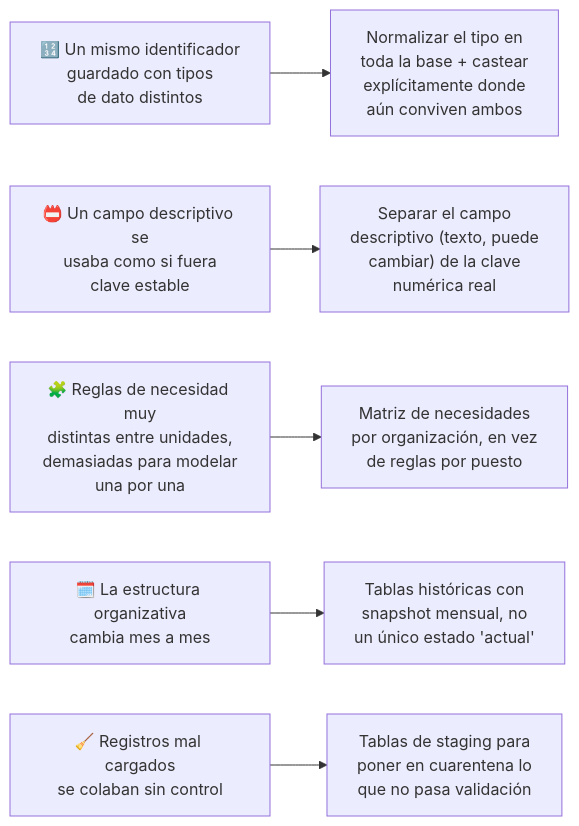
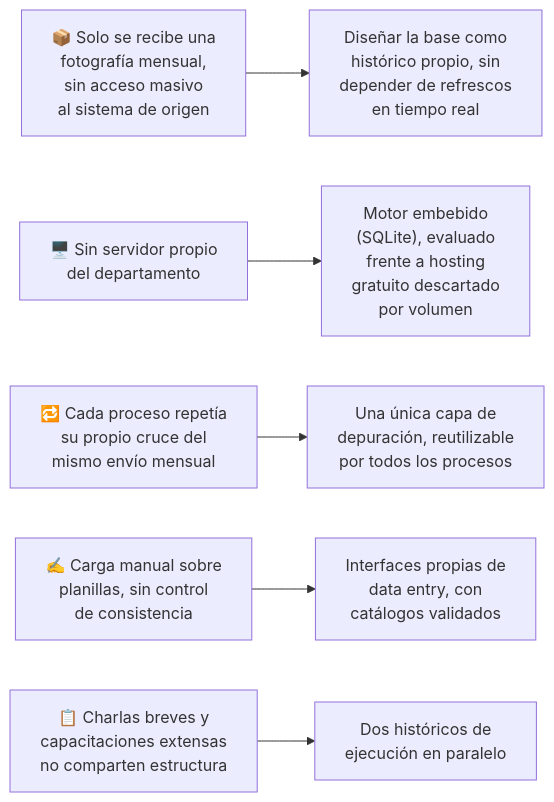
Before and after one commit to jminolli-e/case-studies: the third of 3 diagrams in capacitaciones.db/README.md, drawn with Mermaid. The commit also changed other lines of this file, not shown here.

````diff
--- a/capacitaciones.db/README.md
+++ b/capacitaciones.db/README.md
@@ -98,8 +106,8 @@
 ```mermaid
 flowchart LR
-    D1["🔢 Un mismo identificador<br/>guardado con tipos<br/>de dato distintos"] --> S1["Normalizar el tipo en<br/>toda la base + castear<br/>explícitamente donde<br/>aún conviven ambos"]
-    D2["📛 Un campo descriptivo se<br/>usaba como si fuera<br/>clave estable"] --> S2["Separar el campo<br/>descriptivo (texto, puede<br/>cambiar) de la clave<br/>numérica real"]
-    D3["🧩 Reglas de necesidad muy<br/>distintas entre unidades,<br/>demasiadas para modelar<br/>una por una"] --> S3["Matriz de necesidades<br/>por organización, en vez<br/>de reglas por puesto"]
-    D4["🗓️ La estructura organizativa<br/>cambia mes a mes"] --> S4["Tablas históricas con<br/>snapshot mensual, no<br/>un único estado 'actual'"]
-    D5["🧹 Registros mal cargados<br/>se colaban sin control"] --> S5["Tablas de staging para<br/>poner en cuarentena lo<br/>que no pasa validación"]
+    D1["📦 Solo se recibe una<br/>fotografía mensual,<br/>sin acceso masivo<br/>al sistema de origen"] --> S1["Diseñar la base como<br/>histórico propio, sin<br/>depender de refrescos<br/>en tiempo real"]
+    D2["🖥️ Sin servidor propio<br/>del departamento"] --> S2["Motor embebido<br/>(SQLite), evaluado<br/>frente a hosting<br/>gratuito descartado<br/>por volumen"]
+    D3["🔁 Cada proceso repetía<br/>su propio cruce del<br/>mismo envío mensual"] --> S3["Una única capa de<br/>depuración, reutilizable<br/>por todos los procesos"]
+    D4["✍️ Carga manual sobre<br/>planillas, sin control<br/>de consistencia"] --> S4["Interfaces propias de<br/>data entry, con<br/>catálogos validados"]
+    D5["📋 Charlas breves y<br/>capacitaciones extensas<br/>no comparten estructura"] --> S5["Dos históricos de<br/>ejecución en paralelo"]
 ```
````
